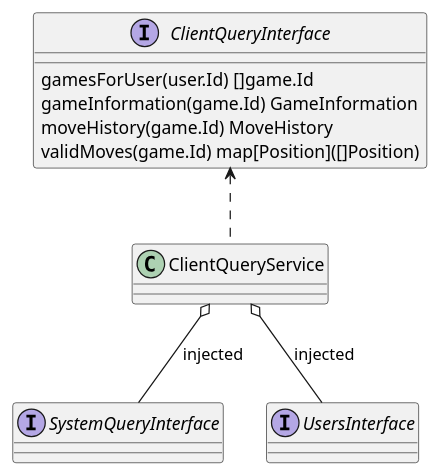
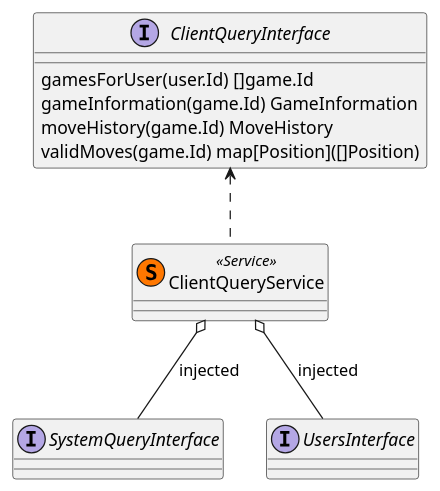
One commit to gnidan/foodtastechess-docs changed the first of 7 diagrams in design/class_diagrams.rst. Above: the diagram before and after it, drawn with PlantUML. The commit also changed other lines of this file, not shown here.

Commit message:
More iterating on class diagrams

```diff
--- a/design/class_diagrams.rst
+++ b/design/class_diagrams.rst
@@ -7,18 +7,18 @@
 .. uml::
 
     interface ClientQueryInterface {
         gamesForUser(user.Id) []game.Id
         gameInformation(game.Id) GameInformation
         moveHistory(game.Id) MoveHistory
         validMoves(game.Id) map[Position]([]Position)
     }
 
-    class ClientQueryService {
+    class ClientQueryService << (S,#FF7700) Service >> {
     }
 
     ClientQueryService .up.> ClientQueryInterface
 
     interface SystemQueryInterface
     interface UsersInterface
     ClientQueryService o-- SystemQueryInterface : injected
     ClientQueryService o-- UsersInterface : injected
```
